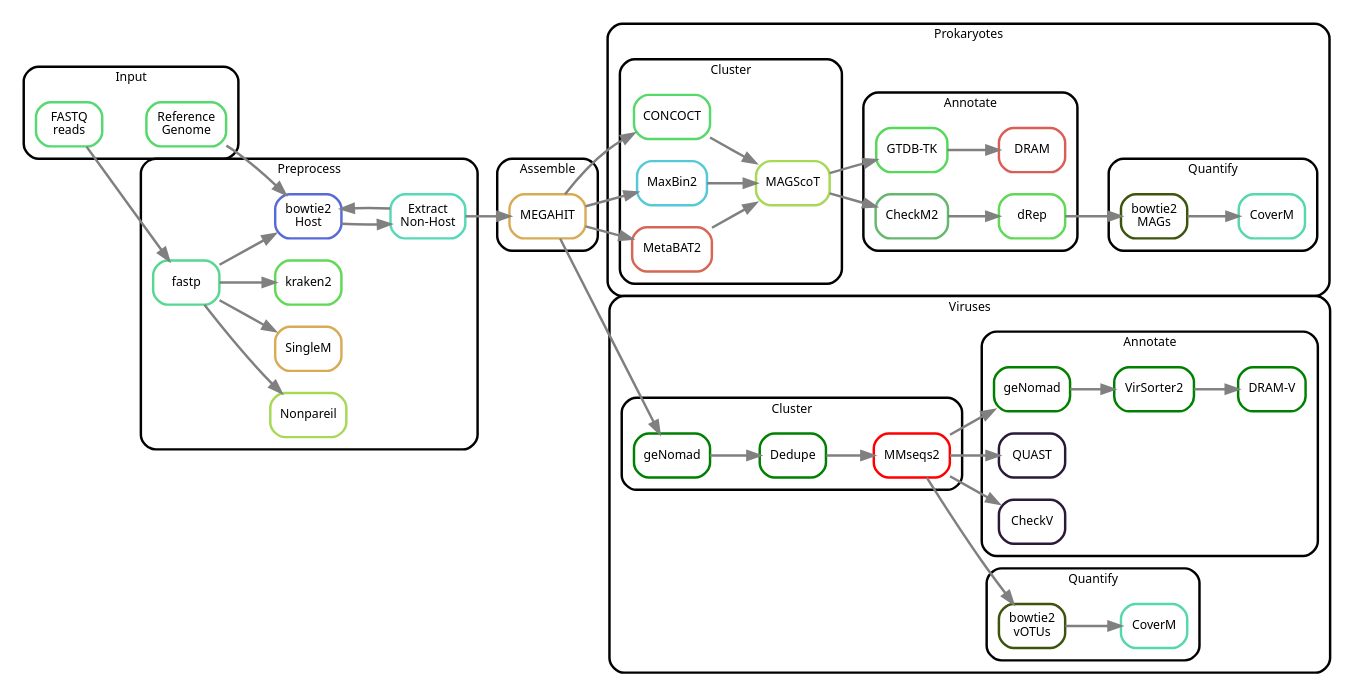
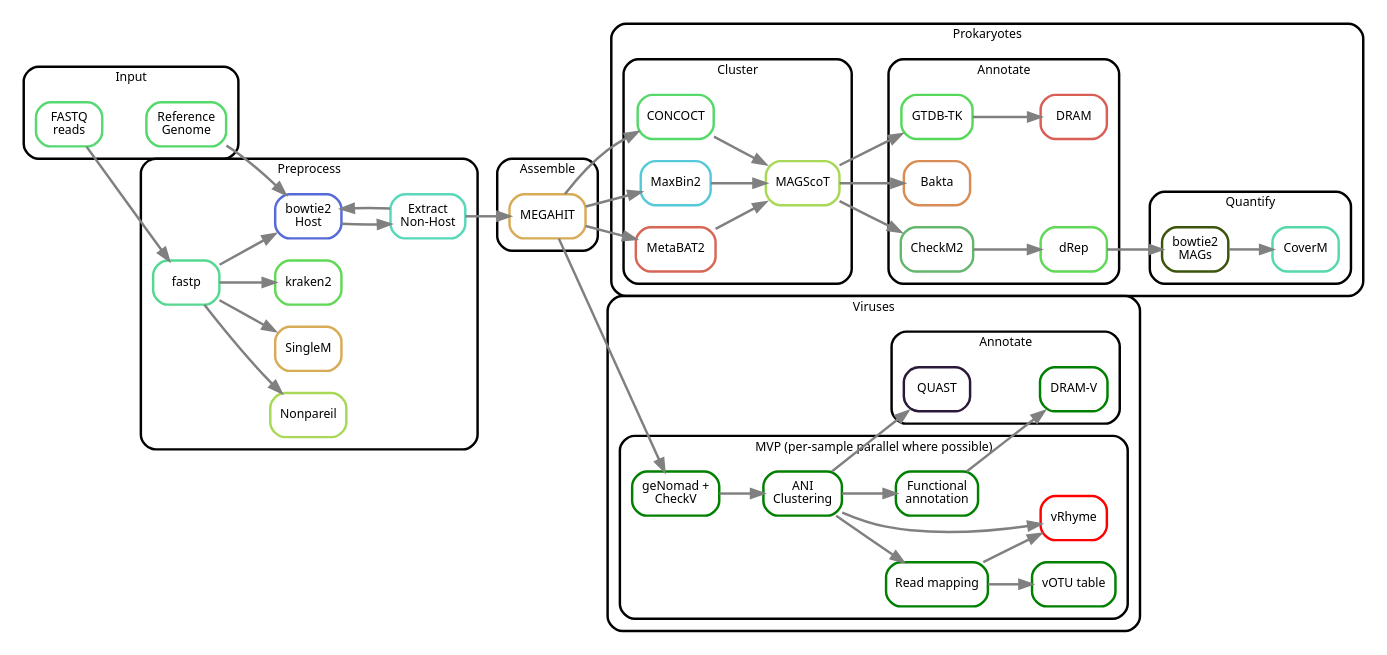
The diagram in rulegraph_simple.dot (3d-omics/mg_assembly), drawn with Graphviz before and after one commit. The commit also changed 42 other files, not shown here.

```diff
--- a/rulegraph_simple.dot
+++ b/rulegraph_simple.dot
@@ -1,148 +1,136 @@
 digraph snakemake_dag {
     rankdir=LR;
     newrank=true;
     graph[bgcolor=white, margin=0, compound=true];
     node[shape=box, style=rounded, fontname=sans, fontsize=10, penwidth=2];
     edge[penwidth=2, color=grey];
 
     subgraph cluster_0 {
         label = "Input";
         shape=box; style=rounded; fontname=sans; fontsize=10; penwidth=2; margin=10;
         reference   [label = "Reference\nGenome",   color = "0.36 0.6 0.85"];
         fastq       [label = "FASTQ\nreads",        color = "0.37 0.6 0.85"];
     }
 
     subgraph cluster_1 {
         label = "Preprocess";
         shape=box; style=rounded; fontname=sans; fontsize=10; penwidth=2; margin=10;
         bowtie2 [label = "bowtie2\nHost",       color = "0.64 0.6 0.85"];
         extract [label = "Extract\nNon-Host",   color = "0.46 0.6 0.85"];
         fastp   [label = "fastp",               color = "0.41 0.6 0.85"];
         {
             rankdir=LR;
             nonpareil   [label = "Nonpareil",   color = "0.23 0.6 0.85",    style = "rounded"];
             singlem     [label = "SingleM",     color = "0.11 0.6 0.85",    style = "rounded"];
             kraken2     [label = "kraken2",     color = "0.32 0.6 0.85"];
         }
         fastp   ->  bowtie2
         fastp   ->  nonpareil
         fastp   ->  singlem
         fastp   ->  kraken2
         bowtie2 ->  extract
         extract ->  bowtie2
 
     }
 
     subgraph cluster_2 {
         label = "Assemble";
         shape=box; style=rounded; fontname=sans; fontsize=10; penwidth=2; margin=10;
 
         megahit  [label = "MEGAHIT",    color = "0.11 0.6 0.85"];
 
     }
 
     megahit     ->  concoct
     megahit     ->  maxbin2
     megahit     ->  metabat2
 
     subgraph cluster_3 {
         label = "Prokaryotes";
         shape=box; style=rounded; fontname=sans; fontsize=10; penwidth=2; margin=10;
 
         subgraph cluster_3_1 {
             label = "Cluster";
 
             concoct  [label = "CONCOCT",    color = "0.36 0.6 0.85"];
             maxbin2  [label = "MaxBin2",    color = "0.52 0.6 0.85"];
             metabat2 [label = "MetaBAT2",   color = "0.02 0.6 0.85"];
             magscot  [label = "MAGScoT",    color = "0.23 0.6 0.85"];
 
             metabat2    ->  magscot
             concoct     ->  magscot
             maxbin2     ->  magscot
 
         }
 
         subgraph cluster_3_2 {
             label = "Quantify";
             shape=box; style="rounded"; fontname=sans; fontsize=10; penwidth=2; margin=10;
             bowtie2_drep    [label = "bowtie2\nMAGs",  color = "0.22 0.86 0.33"];
             coverm          [label = "CoverM",         color = "0.44 0.60 0.85"];
 
             bowtie2_drep -> coverm
         }
 
         subgraph cluster_3_3 {
             label = "Annotate";
             shape=box; style="rounded"; fontname=sans; fontsize=10; penwidth=2; margin=10;
 
             gtdbtk  [label = "GTDB-TK",  color = "0.34 0.6 0.85",    style = "rounded"];
             dram    [label = "DRAM",     color = "0.01 0.6 0.85",    style = "rounded"];
+            bakta   [label = "Bakta",    color = "0.07 0.6 0.85",    style = "rounded"];
             checkm2 [label = "CheckM2",  color = "0.35 0.44 0.72"];
             drep    [label = "dRep",     color = "0.32 0.6 0.85",    style = "rounded"];
 
             // magscot ->  dram
             magscot ->  checkm2
             magscot ->  gtdbtk
+            magscot ->  bakta
             gtdbtk -> dram
             checkm2 -> drep
 
         }
 
     }
 
     reference   ->  bowtie2
     fastq       ->  fastp
     extract     ->  megahit
     drep -> bowtie2_drep
 
     subgraph cluster_4 {
         label = "Viruses";
         shape=box; style="rounded"; fontname=sans; fontsize=10; penwidth=2; margin="10,10";
 
         subgraph cluster_4_1 {
-            label = "Cluster";
+            label = "MVP (per-sample parallel where possible)";
             shape=box; style="rounded"; fontname=sans; fontsize=10; penwidth=2; margin="10,10";
 
-            genomad     [label = "geNomad",     color = green,              style = "rounded"];
-            dedupe      [label = "Dedupe",      color = green,              style = "rounded"];
-            mmseqs2     [label = "MMseqs2",     color = red,                style = "rounded"];
+            mvp_id      [label = "geNomad +\nCheckV",      color = green, style = "rounded"];
+            mvp_cluster [label = "ANI\nClustering",        color = green, style = "rounded"];
+            mvp_map     [label = "Read mapping",           color = green, style = "rounded"];
+            mvp_votu    [label = "vOTU table",             color = green, style = "rounded"];
+            mvp_func    [label = "Functional\nannotation", color = green, style = "rounded"];
+            mvp_bin     [label = "vRhyme",                 color = red,   style = "rounded"];
 
-            genomad -> dedupe -> mmseqs2
-
+            mvp_id -> mvp_cluster -> mvp_map -> mvp_votu
+            mvp_cluster -> mvp_func
+            mvp_cluster -> mvp_bin
+            mvp_map -> mvp_bin
         }
 
-        megahit -> genomad
+        megahit -> mvp_id
 
         subgraph cluster_4_2 {
-            label = "Quantify";
-            shape=box; style="rounded"; fontname=sans; fontsize=10; penwidth=2; margin=10;
-
-            bowtie2v     [label = "bowtie2\nvOTUs",  color = "0.22 0.86 0.33"];
-            covermv      [label = "CoverM",          color = "0.44 0.60 0.85"];
-
-            bowtie2v -> covermv
-        }
-
-        mmseqs2 -> bowtie2v
-
-        subgraph cluster_4_3 {
             label = "Annotate";
             shape=box; style="rounded"; fontname=sans; fontsize=10; penwidth=2; margin=10;
 
-            genomad2    [label = "geNomad",     color = green,              style = "rounded"];
-            virsorter2  [label = "VirSorter2",   color = green];
-            dramv      [label = "DRAM-V",      color = green];
-            quastv     [label = "QUAST",       color = "0.76 0.55 0.22"];
-            checkv  [label = "CheckV",   color = "0.76 0.55 0.22"];
-
-            genomad2 -> virsorter2 -> dramv
-            mmseqs2 -> checkv
+            dramv  [label = "DRAM-V",  color = green];
+            quastv [label = "QUAST",   color = "0.76 0.55 0.22"];
         }
 
-        mmseqs2 -> genomad2
-        mmseqs2 -> quastv
-
+        mvp_func -> dramv
+        mvp_cluster -> quastv
     }
 
 }
```
